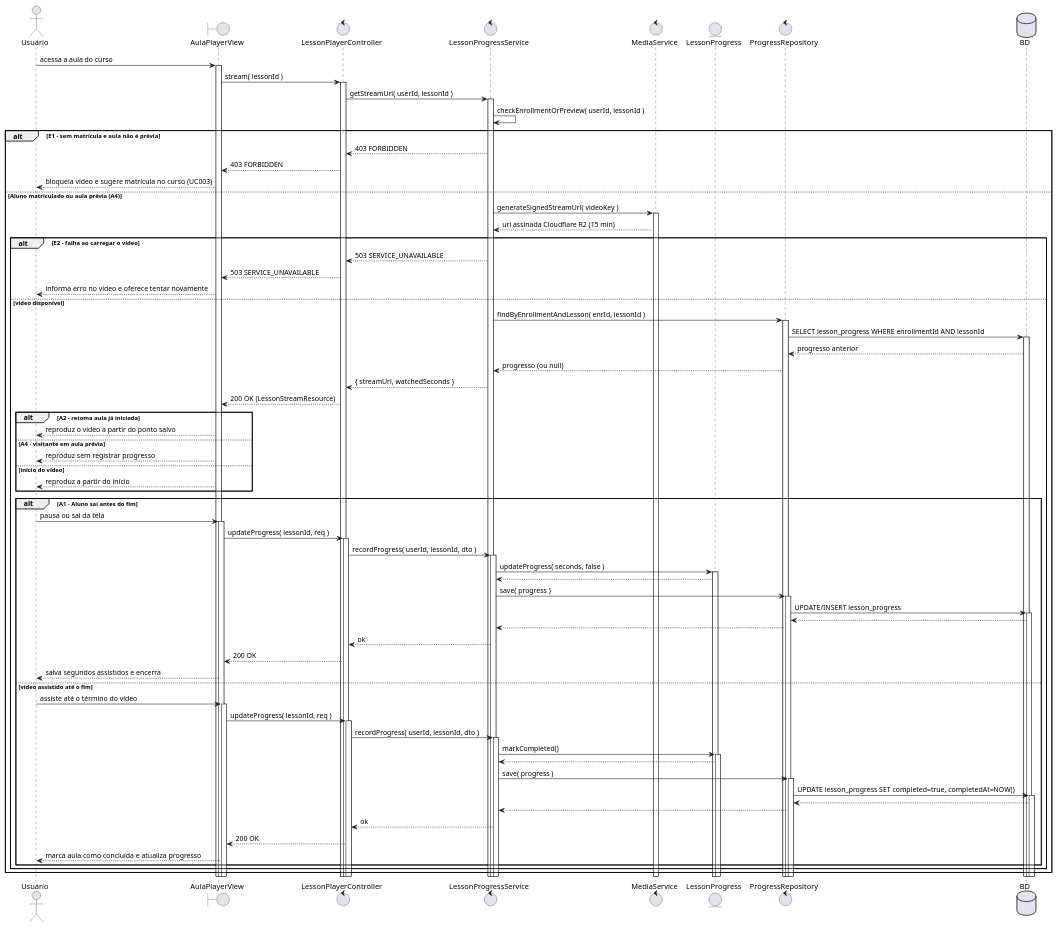
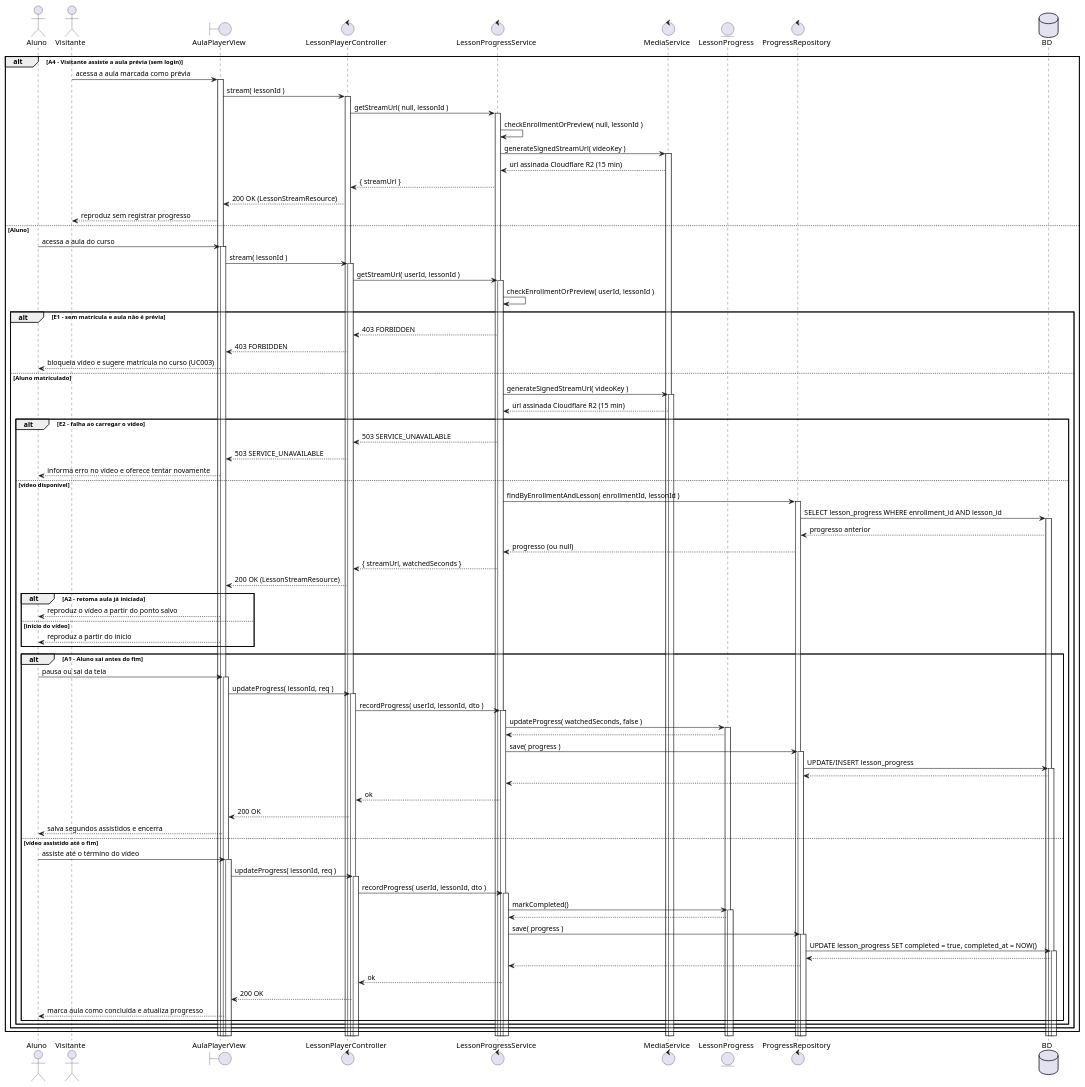
Before and after one commit to Plataforma-de-Cursos-TCC/plataforma-cursos-docs: the diagram in scripts/drawio-seqgen/exemplos/14-sequencia-uc009.puml, drawn with PlantUML. The commit also changed 15 other files, not shown here.

First line of the commit message:
docs(diagrama-de-sequencia): align Area C sequences with the approved decisions

```diff
--- a/scripts/drawio-seqgen/exemplos/14-sequencia-uc009.puml
+++ b/scripts/drawio-seqgen/exemplos/14-sequencia-uc009.puml
@@ -3,68 +3,79 @@
 @startuml 14-sequencia-uc009
-actor Usuário
+actor Aluno
+actor Visitante
 boundary AulaPlayerView
 control LessonPlayerController
 control LessonProgressService
 control MediaService
 entity LessonProgress
 control ProgressRepository
 database BD
-Usuário -> AulaPlayerView ++ : acessa a aula do curso
+alt A4 - Visitante assiste a aula prévia (sem login)
+Visitante -> AulaPlayerView ++ : acessa a aula marcada como prévia
+AulaPlayerView -> LessonPlayerController ++ : stream( lessonId )
+LessonPlayerController -> LessonProgressService ++ : getStreamUrl( null, lessonId )
+LessonProgressService -> LessonProgressService : checkEnrollmentOrPreview( null, lessonId )
+LessonProgressService -> MediaService ++ : generateSignedStreamUrl( videoKey )
+MediaService --> LessonProgressService : url assinada Cloudflare R2 (15 min)
+LessonProgressService --> LessonPlayerController : { streamUrl }
+LessonPlayerController --> AulaPlayerView : 200 OK (LessonStreamResource)
+AulaPlayerView --> Visitante : reproduz sem registrar progresso
+else Aluno
+Aluno -> AulaPlayerView ++ : acessa a aula do curso
 AulaPlayerView -> LessonPlayerController ++ : stream( lessonId )
 LessonPlayerController -> LessonProgressService ++ : getStreamUrl( userId, lessonId )
 LessonProgressService -> LessonProgressService : checkEnrollmentOrPreview( userId, lessonId )
 alt E1 - sem matrícula e aula não é prévia
 LessonProgressService --> LessonPlayerController : 403 FORBIDDEN
 LessonPlayerController --> AulaPlayerView : 403 FORBIDDEN
-AulaPlayerView --> Usuário : bloqueia vídeo e sugere matrícula no curso (UC003)
-else Aluno matriculado ou aula prévia (A4)
+AulaPlayerView --> Aluno : bloqueia vídeo e sugere matrícula no curso (UC003)
+else Aluno matriculado
 LessonProgressService -> MediaService ++ : generateSignedStreamUrl( videoKey )
 MediaService --> LessonProgressService : url assinada Cloudflare R2 (15 min)
 alt E2 - falha ao carregar o vídeo
 LessonProgressService --> LessonPlayerController : 503 SERVICE_UNAVAILABLE
 LessonPlayerController --> AulaPlayerView : 503 SERVICE_UNAVAILABLE
-AulaPlayerView --> Usuário : informa erro no vídeo e oferece tentar novamente
+AulaPlayerView --> Aluno : informa erro no vídeo e oferece tentar novamente
 else vídeo disponível
-LessonProgressService -> ProgressRepository ++ : findByEnrollmentAndLesson( enrId, lessonId )
-ProgressRepository -> BD ++ : SELECT lesson_progress WHERE enrollmentId AND lessonId
+LessonProgressService -> ProgressRepository ++ : findByEnrollmentAndLesson( enrollmentId, lessonId )
+ProgressRepository -> BD ++ : SELECT lesson_progress WHERE enrollment_id AND lesson_id
 BD --> ProgressRepository : progresso anterior
 ProgressRepository --> LessonProgressService : progresso (ou null)
 LessonProgressService --> LessonPlayerController : { streamUrl, watchedSeconds }
 LessonPlayerController --> AulaPlayerView : 200 OK (LessonStreamResource)
 alt A2 - retoma aula já iniciada
-AulaPlayerView --> Usuário : reproduz o vídeo a partir do ponto salvo
-else A4 - visitante em aula prévia
-AulaPlayerView --> Usuário : reproduz sem registrar progresso
+AulaPlayerView --> Aluno : reproduz o vídeo a partir do ponto salvo
 else início do vídeo
-AulaPlayerView --> Usuário : reproduz a partir do início
+AulaPlayerView --> Aluno : reproduz a partir do início
 end
 alt A1 - Aluno sai antes do fim
-Usuário -> AulaPlayerView ++ : pausa ou sai da tela
+Aluno -> AulaPlayerView ++ : pausa ou sai da tela
 AulaPlayerView -> LessonPlayerController ++ : updateProgress( lessonId, req )
 LessonPlayerController -> LessonProgressService ++ : recordProgress( userId, lessonId, dto )
-LessonProgressService -> LessonProgress ++ : updateProgress( seconds, false )
+LessonProgressService -> LessonProgress ++ : updateProgress( watchedSeconds, false )
 LessonProgress --> LessonProgressService
 LessonProgressService -> ProgressRepository ++ : save( progress )
 ProgressRepository -> BD ++ : UPDATE/INSERT lesson_progress
 BD --> ProgressRepository
 ProgressRepository --> LessonProgressService
 LessonProgressService --> LessonPlayerController : ok
 LessonPlayerController --> AulaPlayerView : 200 OK
-AulaPlayerView --> Usuário : salva segundos assistidos e encerra
+AulaPlayerView --> Aluno : salva segundos assistidos e encerra
 else vídeo assistido até o fim
-Usuário -> AulaPlayerView ++ : assiste até o término do vídeo
+Aluno -> AulaPlayerView ++ : assiste até o término do vídeo
 AulaPlayerView -> LessonPlayerController ++ : updateProgress( lessonId, req )
 LessonPlayerController -> LessonProgressService ++ : recordProgress( userId, lessonId, dto )
 LessonProgressService -> LessonProgress ++ : markCompleted()
 LessonProgress --> LessonProgressService
 LessonProgressService -> ProgressRepository ++ : save( progress )
-ProgressRepository -> BD ++ : UPDATE lesson_progress SET completed=true, completedAt=NOW()
+ProgressRepository -> BD ++ : UPDATE lesson_progress SET completed = true, completed_at = NOW()
 BD --> ProgressRepository
 ProgressRepository --> LessonProgressService
 LessonProgressService --> LessonPlayerController : ok
 LessonPlayerController --> AulaPlayerView : 200 OK
-AulaPlayerView --> Usuário : marca aula como concluída e atualiza progresso
+AulaPlayerView --> Aluno : marca aula como concluída e atualiza progresso
+end
 end
 end
 end
 @enduml
```
